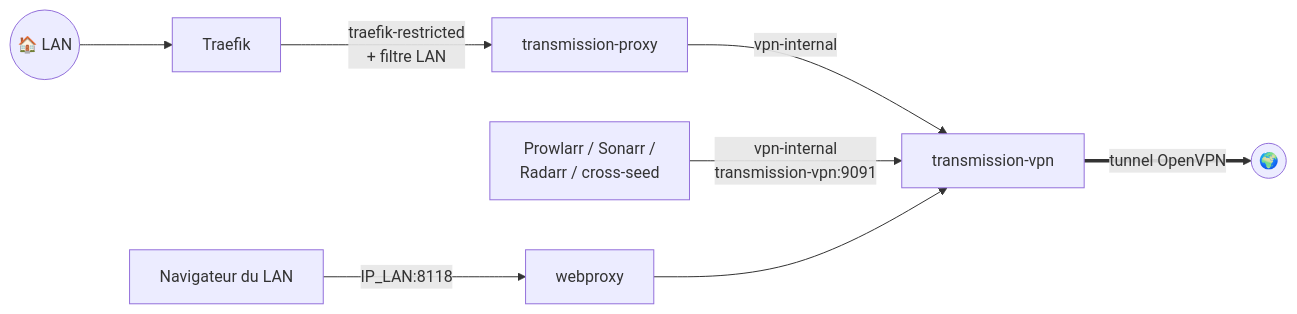
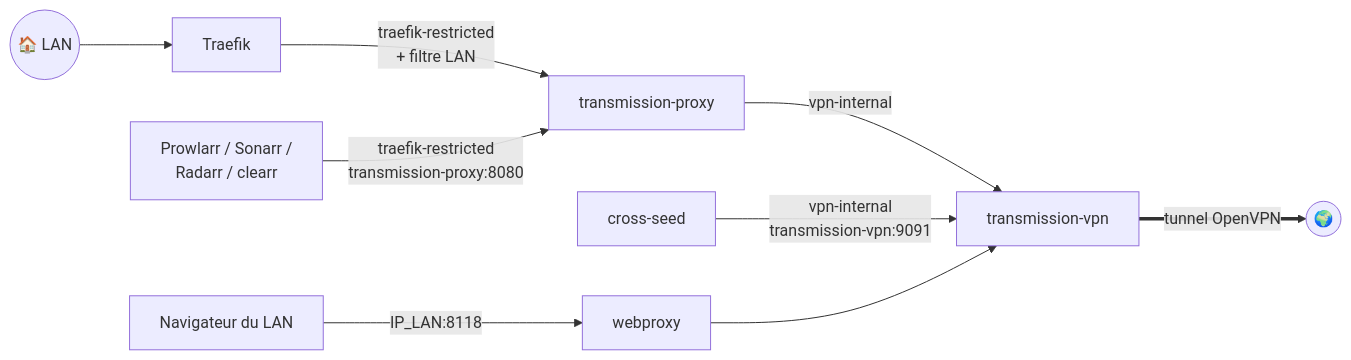
The second of 3 diagrams in docs/telechargement.md (nattyebola/home-server-services), drawn with Mermaid before and after one commit. The commit also changed other lines of this file and 20 other files, not shown here.

````diff
--- a/docs/telechargement.md
+++ b/docs/telechargement.md
@@ -51,9 +51,10 @@
 ```mermaid
 flowchart LR
     LAN(("🏠 LAN")) --> Traefik
     Traefik -->|"traefik-restricted<br>+ filtre LAN"| Proxy["transmission-proxy"]
     Proxy -->|"vpn-internal"| TVPN["transmission-vpn"]
-    Arr["Prowlarr / Sonarr /<br>Radarr / cross-seed"] -->|"vpn-internal<br>transmission-vpn:9091"| TVPN
+    Arr["Prowlarr / Sonarr /<br>Radarr / clearr"] -->|"traefik-restricted<br>transmission-proxy:8080"| Proxy
+    XS["cross-seed"] -->|"vpn-internal<br>transmission-vpn:9091"| TVPN
     Browser["Navigateur du LAN"] -->|"IP_LAN:8118"| WebProxy["webproxy"] --> TVPN
     TVPN ==>|"tunnel OpenVPN"| Internet(("🌍"))
 ```
````
